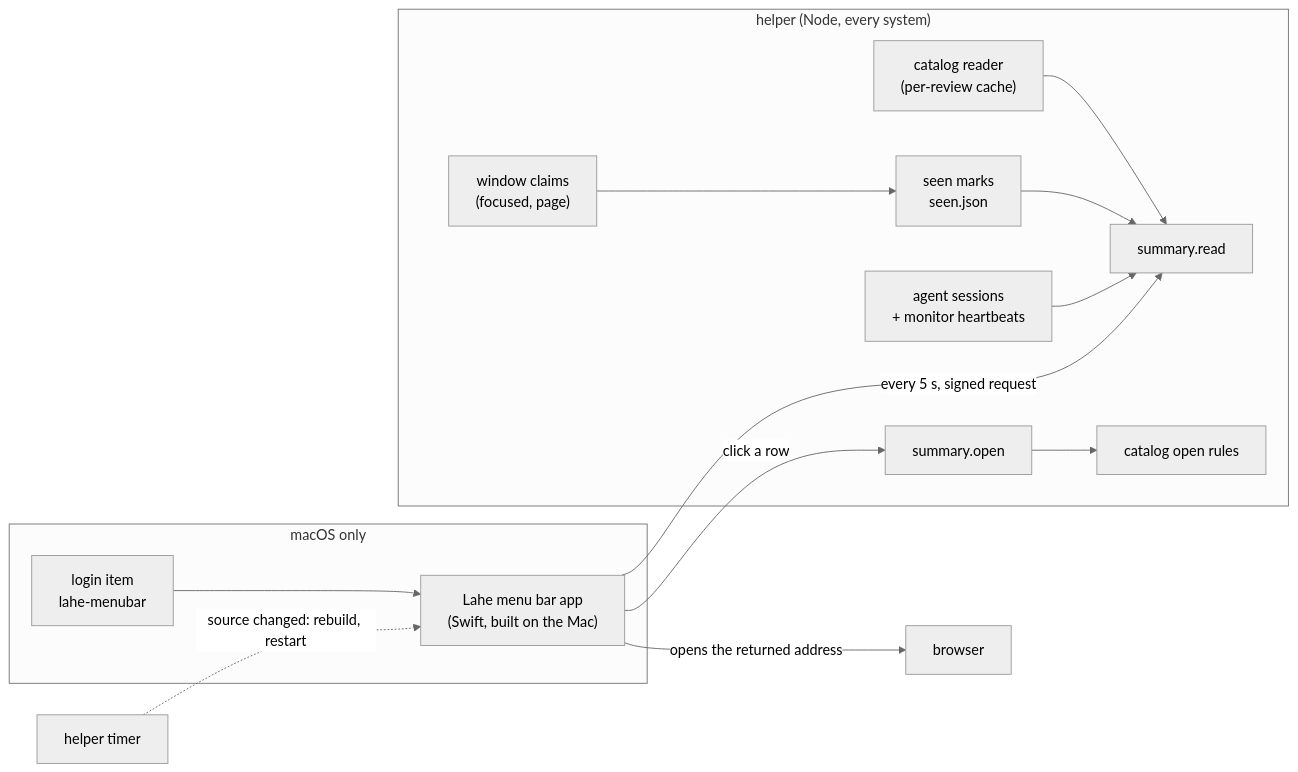
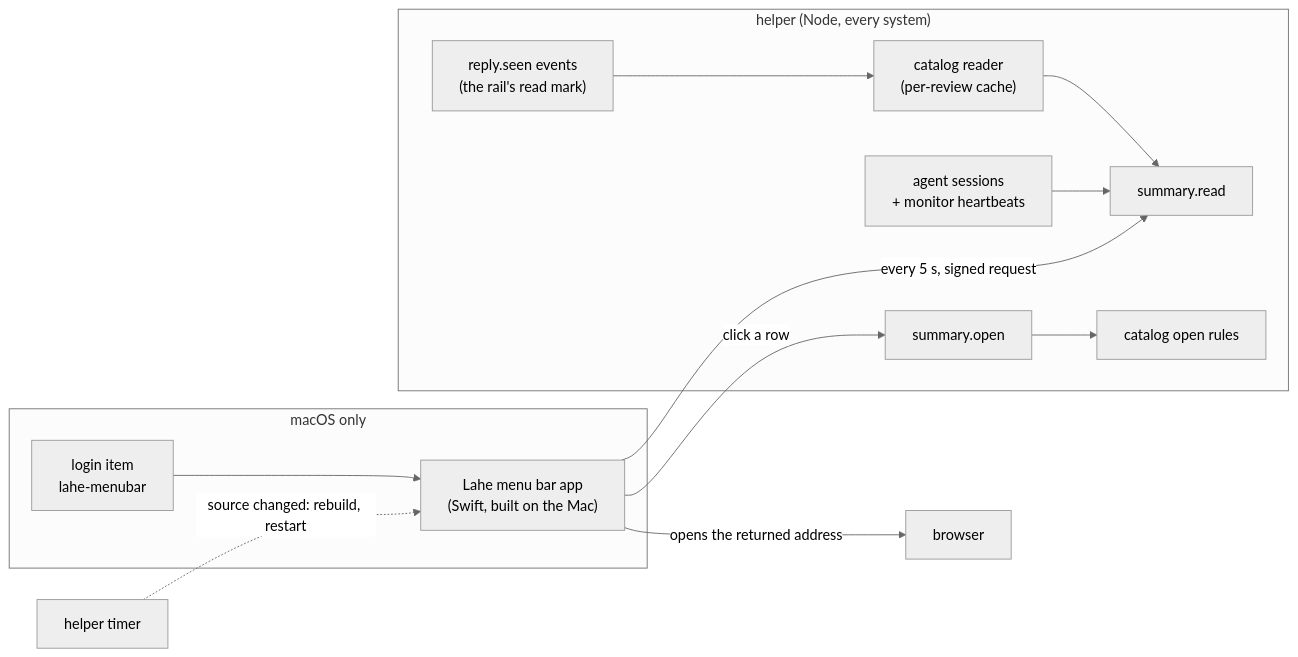
One commit to kenxle/live-agentic-html-editor changed the first of 4 diagrams in docs/features/20261012.01_menu_bar_app/02_architecture_menu_bar_app.md. Above: the diagram before and after it, drawn with Mermaid (neutral theme). The commit also changed other lines of this file and 9 other files, not shown here.

First line of the commit message:
Menu bar docs: "read" is the rail's own read mark, not a new rule

````diff
--- a/docs/features/20261012.01_menu_bar_app/02_architecture_menu_bar_app.md
+++ b/docs/features/20261012.01_menu_bar_app/02_architecture_menu_bar_app.md
@@ -7,19 +7,18 @@
 ```mermaid
 flowchart LR
     subgraph Core["helper (Node, every system)"]
         Reader["catalog reader<br/>(per-review cache)"] --> Summary["summary.read"]
-        Windows["window claims<br/>(focused, page)"] --> Seen["seen marks<br/>seen.json"]
-        Seen --> Summary
+        Marks["reply.seen events<br/>(the rail's read mark)"] --> Reader
         Sessions["agent sessions<br/>+ monitor heartbeats"] --> Summary
         OpenRoute["summary.open"] --> Actions["catalog open rules"]
     end
     subgraph Mac["macOS only"]
         App["Lahe menu bar app<br/>(Swift, built on the Mac)"]
         Item["login item<br/>lahe-menubar"]
     end
     App -->|"every 5 s, signed request"| Summary
     App -->|"click a row"| OpenRoute
     App -->|"opens the returned address"| Browser["browser"]
     Item --> App
     Helper2["helper timer"] -.->|"source changed: rebuild, restart"| App
 ```
````
